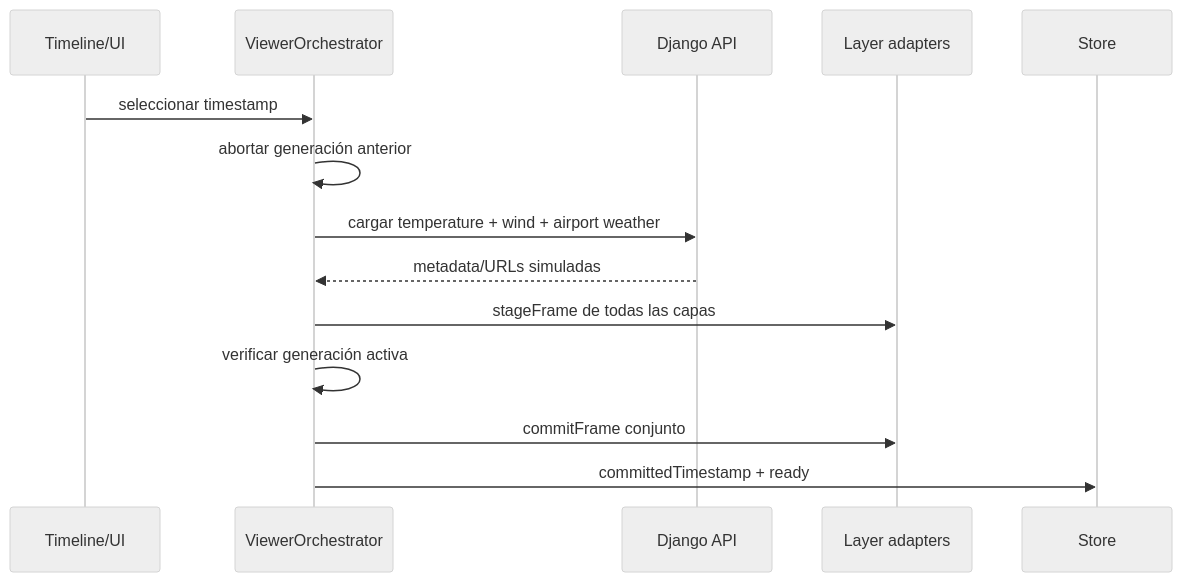
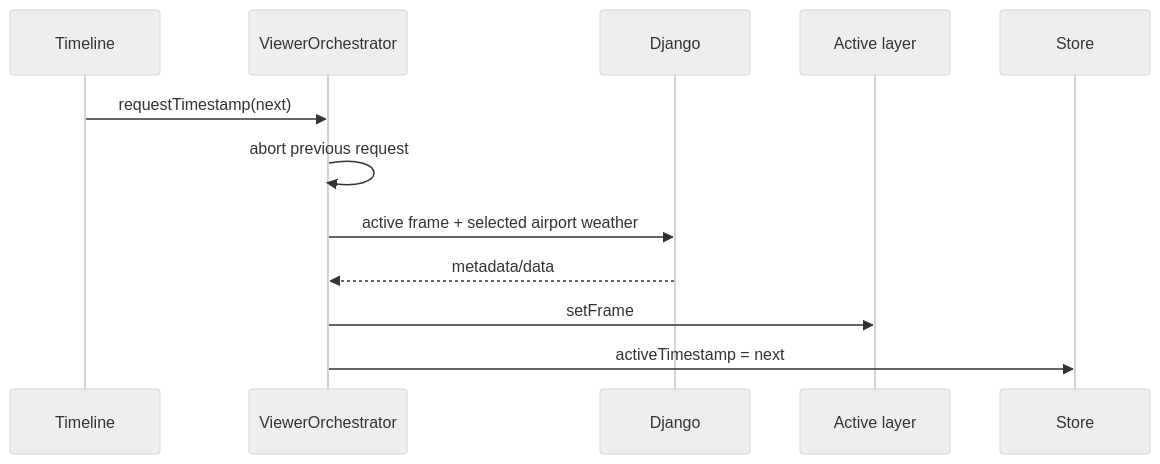
One commit to carlos18bp/aviation_weather_viewer_project changed the third of 4 diagrams in docs/methodology/architecture.md. Above: the diagram before and after it, drawn with Mermaid (neutral theme). The commit also changed other lines of this file and 31 other files, not shown here.

````diff
--- a/docs/methodology/architecture.md
+++ b/docs/methodology/architecture.md
@@ -59,16 +47,14 @@
 ```mermaid
 sequenceDiagram
-    participant UI as Timeline/UI
+    participant UI as Timeline
     participant O as ViewerOrchestrator
-    participant API as Django API
-    participant L as Layer adapters
+    participant API as Django
+    participant L as Active layer
     participant ST as Store
-    UI->>O: seleccionar timestamp
-    O->>O: abortar generación anterior
-    O->>API: cargar temperature + wind + airport weather
-    API-->>O: metadata/URLs simuladas
-    O->>L: stageFrame de todas las capas
-    O->>O: verificar generación activa
-    O->>L: commitFrame conjunto
-    O->>ST: committedTimestamp + ready
+    UI->>O: requestTimestamp(next)
+    O->>O: abort previous request
+    O->>API: active frame + selected airport weather
+    API-->>O: metadata/data
+    O->>L: setFrame
+    O->>ST: activeTimestamp = next
 ```
````
